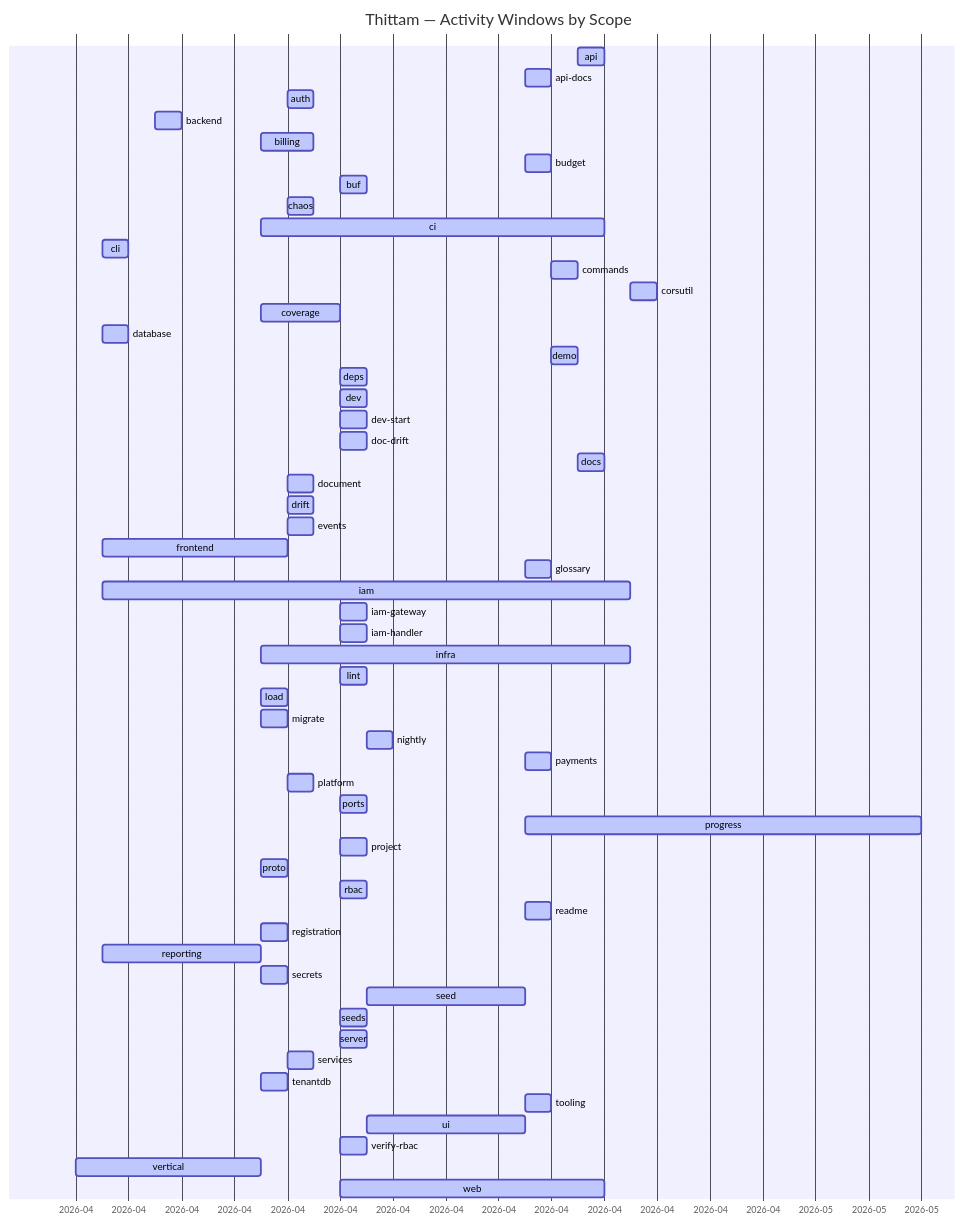
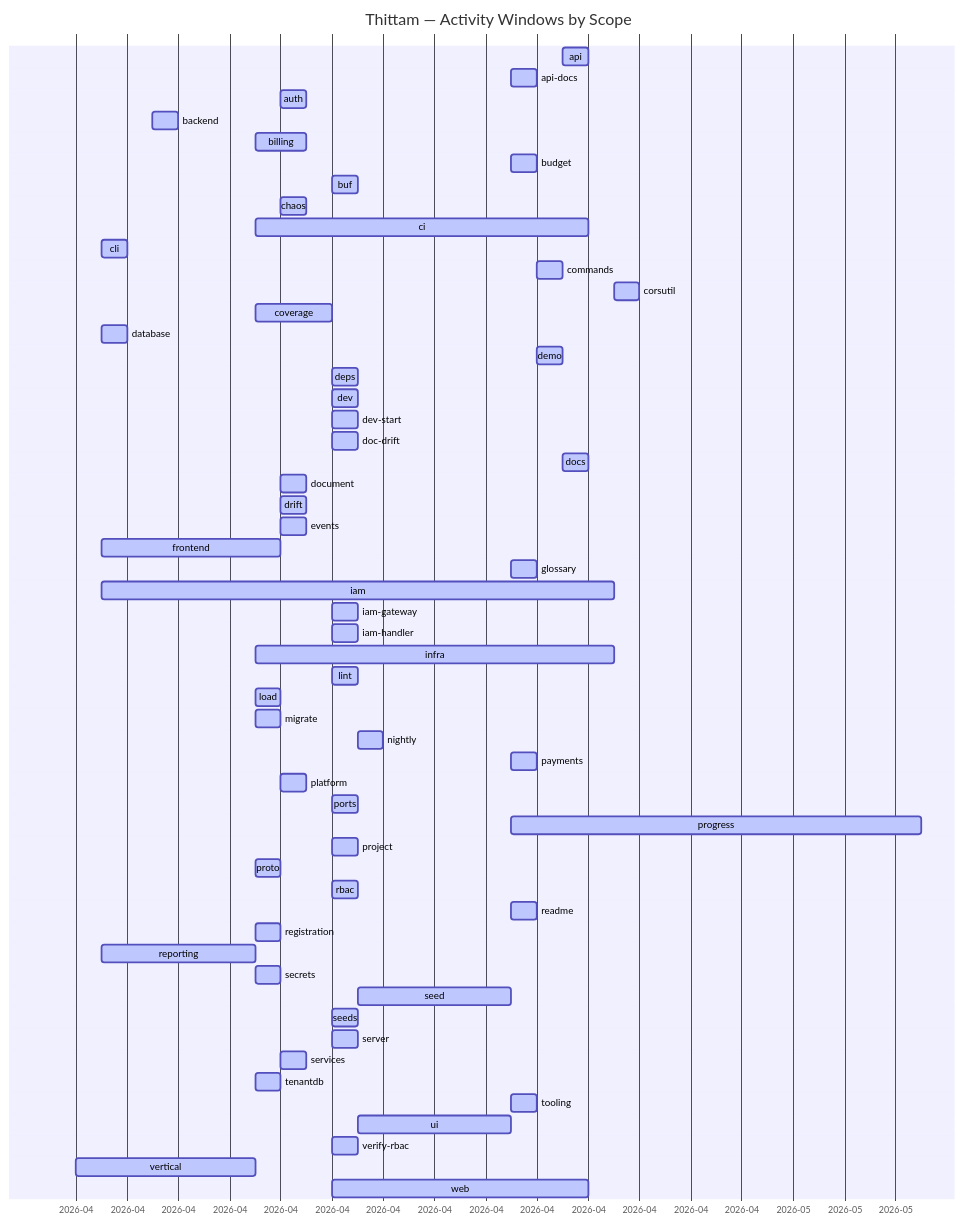
One commit to wegofwd2020-hub/thittam changed the diagram in docs/PROGRESS.md. Above: the diagram before and after it, drawn with Mermaid. The commit also changed other lines of this file and 1 other file, not shown here.

Commit message:
chore(progress): nightly update of docs/PROGRESS.md + CSVs

````diff
--- a/docs/PROGRESS.md
+++ b/docs/PROGRESS.md
@@ -9,60 +9,60 @@
 ```mermaid
 gantt
     title Thittam — Activity Windows by Scope
     dateFormat YYYY-MM-DD
     axisFormat %Y-%m
     api                :active, s_api, 2026-04-22, 2026-04-23
     api-docs           :active, s_api_docs, 2026-04-20, 2026-04-21
     auth               :active, s_auth, 2026-04-11, 2026-04-12
     backend            :active, s_backend, 2026-04-06, 2026-04-07
     billing            :active, s_billing, 2026-04-10, 2026-04-12
     budget             :active, s_budget, 2026-04-20, 2026-04-21
     buf                :active, s_buf, 2026-04-13, 2026-04-14
     chaos              :active, s_chaos, 2026-04-11, 2026-04-12
     ci                 :active, s_ci, 2026-04-10, 2026-04-23
     cli                :active, s_cli, 2026-04-04, 2026-04-05
     commands           :active, s_commands, 2026-04-21, 2026-04-22
     corsutil           :active, s_corsutil, 2026-04-24, 2026-04-25
     coverage           :active, s_coverage, 2026-04-10, 2026-04-13
     database           :active, s_database, 2026-04-04, 2026-04-05
     demo               :active, s_demo, 2026-04-21, 2026-04-22
     deps               :active, s_deps, 2026-04-13, 2026-04-14
     dev                :active, s_dev, 2026-04-13, 2026-04-14
     dev-start          :active, s_dev_start, 2026-04-13, 2026-04-14
     doc-drift          :active, s_doc_drift, 2026-04-13, 2026-04-14
     docs               :active, s_docs, 2026-04-22, 2026-04-23
     document           :active, s_document, 2026-04-11, 2026-04-12
     drift              :active, s_drift, 2026-04-11, 2026-04-12
     events             :active, s_events, 2026-04-11, 2026-04-12
     frontend           :active, s_frontend, 2026-04-04, 2026-04-11
     glossary           :active, s_glossary, 2026-04-20, 2026-04-21
     iam                :active, s_iam, 2026-04-04, 2026-04-24
     iam-gateway        :active, s_iam_gateway, 2026-04-13, 2026-04-14
     iam-handler        :active, s_iam_handler, 2026-04-13, 2026-04-14
     infra              :active, s_infra, 2026-04-10, 2026-04-24
     lint               :active, s_lint, 2026-04-13, 2026-04-14
     load               :active, s_load, 2026-04-10, 2026-04-11
     migrate            :active, s_migrate, 2026-04-10, 2026-04-11
     nightly            :active, s_nightly, 2026-04-14, 2026-04-15
     payments           :active, s_payments, 2026-04-20, 2026-04-21
     platform           :active, s_platform, 2026-04-11, 2026-04-12
     ports              :active, s_ports, 2026-04-13, 2026-04-14
-    progress           :active, s_progress, 2026-04-20, 2026-05-05
+    progress           :active, s_progress, 2026-04-20, 2026-05-06
     project            :active, s_project, 2026-04-13, 2026-04-14
     proto              :active, s_proto, 2026-04-10, 2026-04-11
     rbac               :active, s_rbac, 2026-04-13, 2026-04-14
     readme             :active, s_readme, 2026-04-20, 2026-04-21
     registration       :active, s_registration, 2026-04-10, 2026-04-11
     reporting          :active, s_reporting, 2026-04-04, 2026-04-10
     secrets            :active, s_secrets, 2026-04-10, 2026-04-11
     seed               :active, s_seed, 2026-04-14, 2026-04-20
     seeds              :active, s_seeds, 2026-04-13, 2026-04-14
     server             :active, s_server, 2026-04-13, 2026-04-14
     services           :active, s_services, 2026-04-11, 2026-04-12
     tenantdb           :active, s_tenantdb, 2026-04-10, 2026-04-11
     tooling            :active, s_tooling, 2026-04-20, 2026-04-21
     ui                 :active, s_ui, 2026-04-14, 2026-04-20
     verify-rbac        :active, s_verify_rbac, 2026-04-13, 2026-04-14
     vertical           :active, s_vertical, 2026-04-03, 2026-04-10
     web                :active, s_web, 2026-04-13, 2026-04-23
 ```
````
